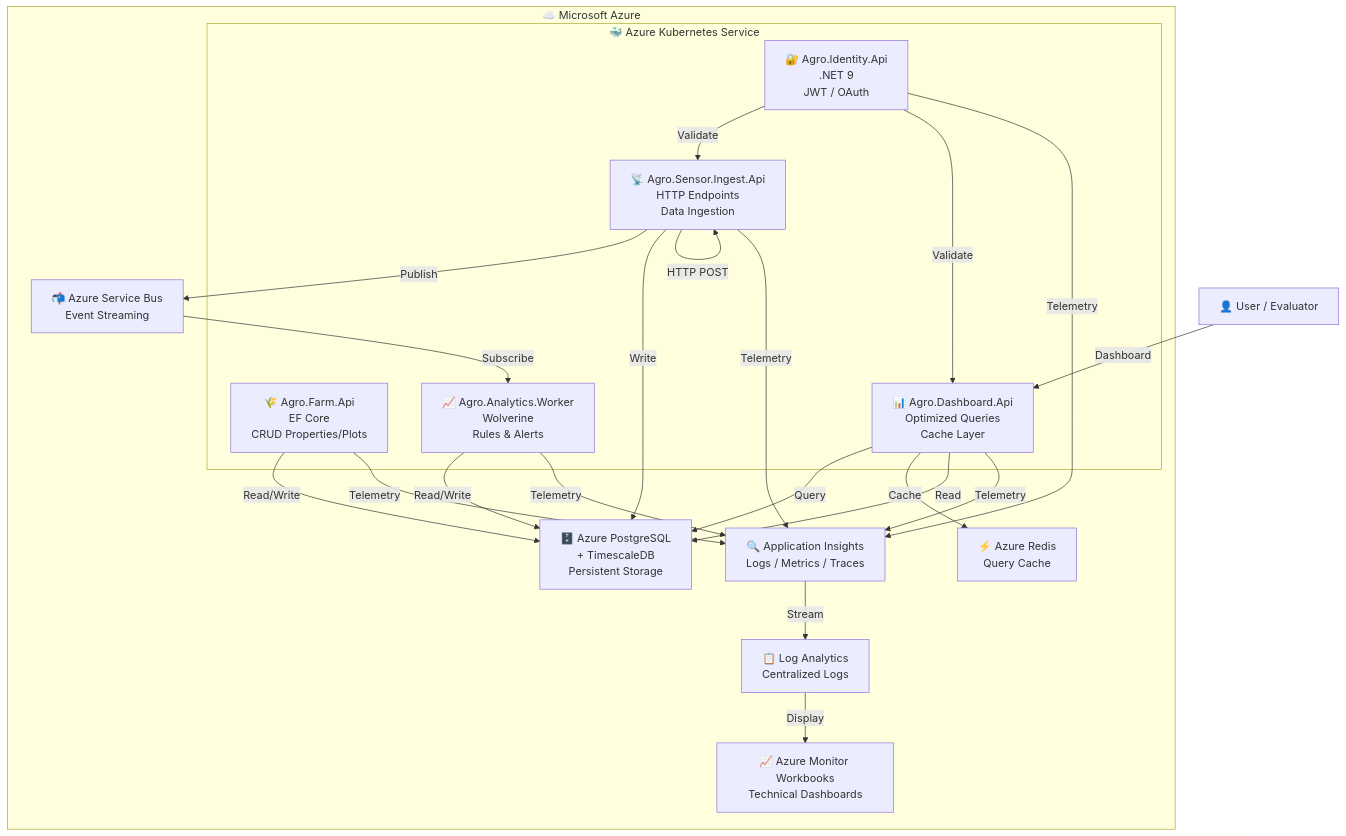
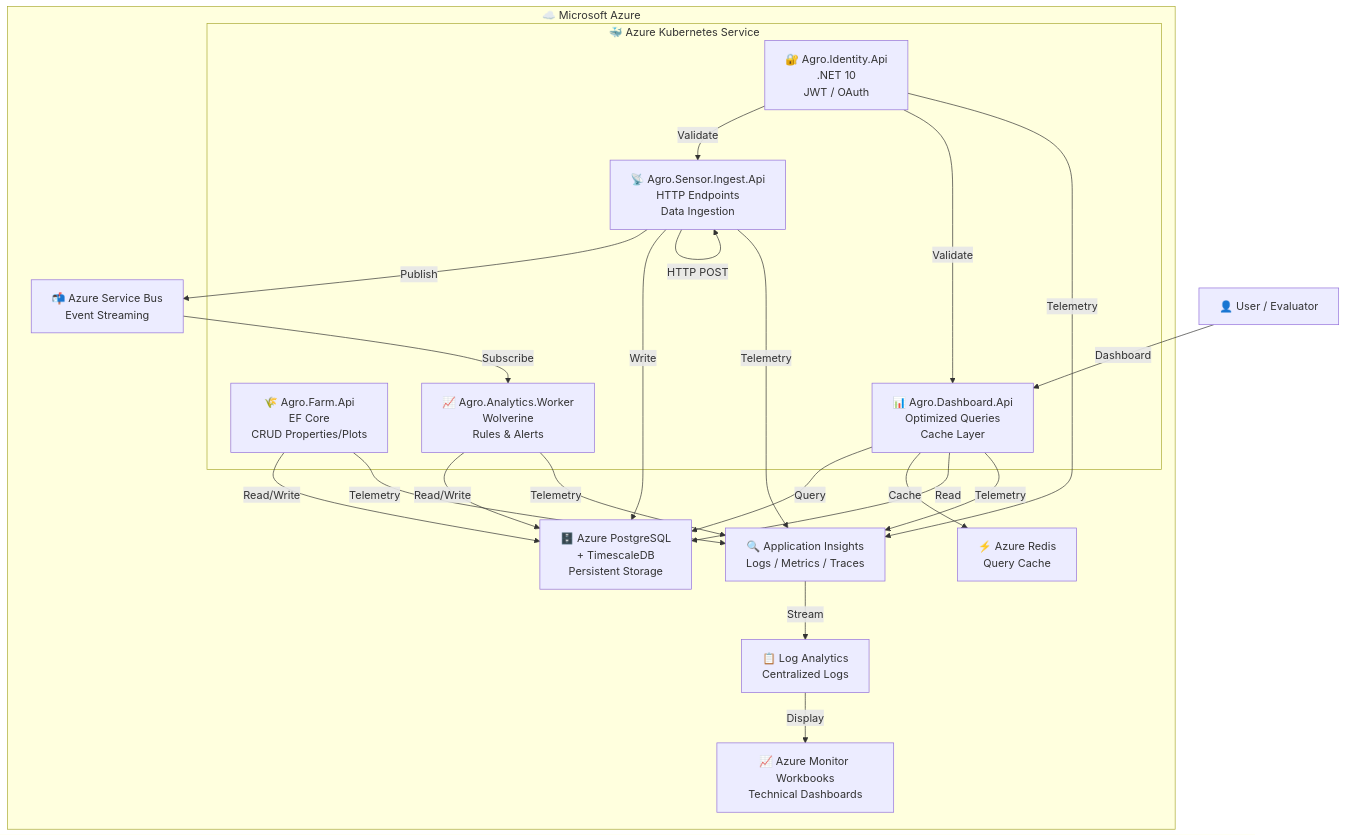
The second of 2 diagrams in docs/architecture/c4-container.md (rdpresser/tc-agro-solutions), drawn with Mermaid before and after one commit. The commit also changed other lines of this file and 22 other files, not shown here.

````diff
--- a/docs/architecture/c4-container.md
+++ b/docs/architecture/c4-container.md
@@ -53,46 +53,46 @@
 ```mermaid
 graph TB
     User["👤 User / Evaluator"]
 
     subgraph Azure["☁️ Microsoft Azure"]
         subgraph AKS["🐳 Azure Kubernetes Service"]
-            Identity["🔐 Agro.Identity.Api<br/>.NET 9<br/>JWT / OAuth"]
+            Identity["🔐 Agro.Identity.Api<br/>.NET 10<br/>JWT / OAuth"]
             Farm["🌾 Agro.Farm.Api<br/>EF Core<br/>CRUD Properties/Plots"]
             Ingest["📡 Agro.Sensor.Ingest.Api<br/>HTTP Endpoints<br/>Data Ingestion"]
             Analytics["📈 Agro.Analytics.Worker<br/>Wolverine<br/>Rules & Alerts"]
             Dashboard["📊 Agro.Dashboard.Api<br/>Optimized Queries<br/>Cache Layer"]
         end
 
         Messaging["📬 Azure Service Bus<br/>Event Streaming"]
         Database["🗄️ Azure PostgreSQL<br/>+ TimescaleDB<br/>Persistent Storage"]
         Cache["⚡ Azure Redis<br/>Query Cache"]
         Telemetry["🔍 Application Insights<br/>Logs / Metrics / Traces"]
         Analytics_Svc["📋 Log Analytics<br/>Centralized Logs"]
         Workbooks["📈 Azure Monitor Workbooks<br/>Technical Dashboards"]
     end
 
     User -->|Dashboard| Dashboard
     Dashboard -->|Query| Database
     Dashboard -->|Cache| Cache
 
     Ingest -->|HTTP POST| Ingest
     Ingest -->|Publish| Messaging
     Messaging -->|Subscribe| Analytics
 
     Identity -->|Validate| Ingest
     Identity -->|Validate| Dashboard
 
     Farm -->|Read/Write| Database
     Ingest -->|Write| Database
     Analytics -->|Read/Write| Database
     Dashboard -->|Read| Database
 
     Identity -->|Telemetry| Telemetry
     Farm -->|Telemetry| Telemetry
     Ingest -->|Telemetry| Telemetry
     Analytics -->|Telemetry| Telemetry
     Dashboard -->|Telemetry| Telemetry
 
     Telemetry -->|Stream| Analytics_Svc
     Analytics_Svc -->|Display| Workbooks
 ```
````
